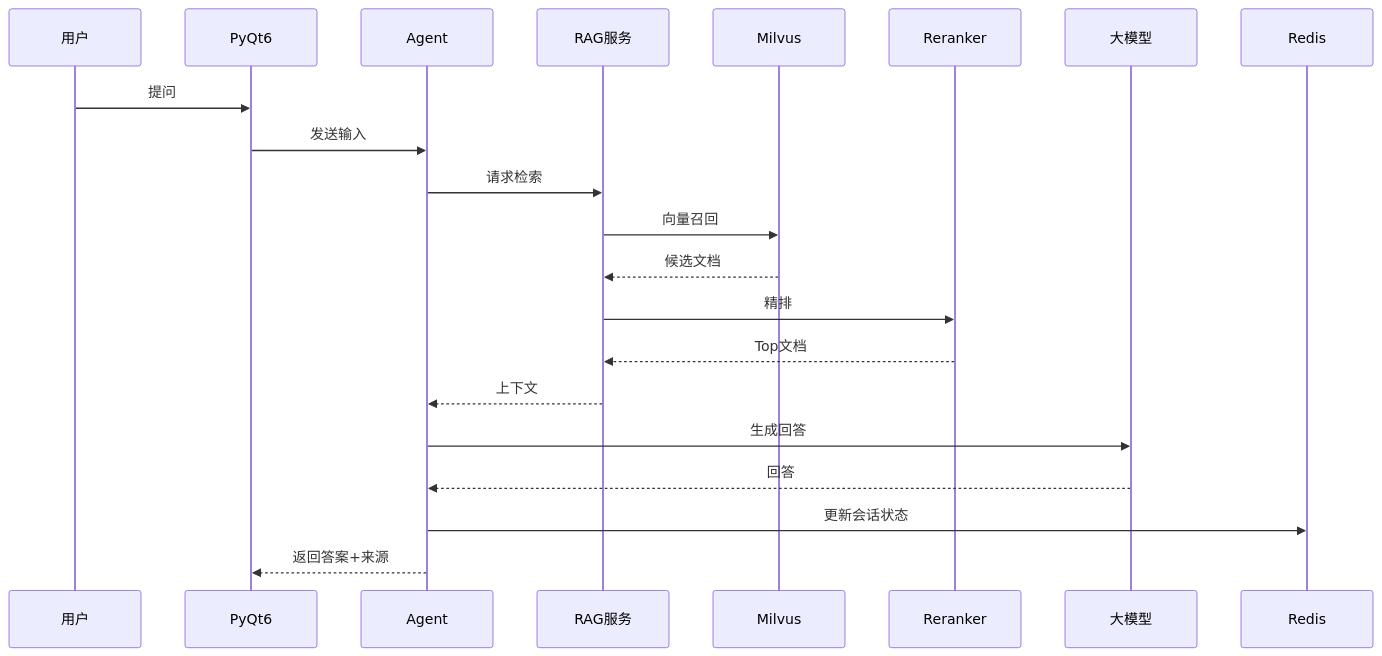
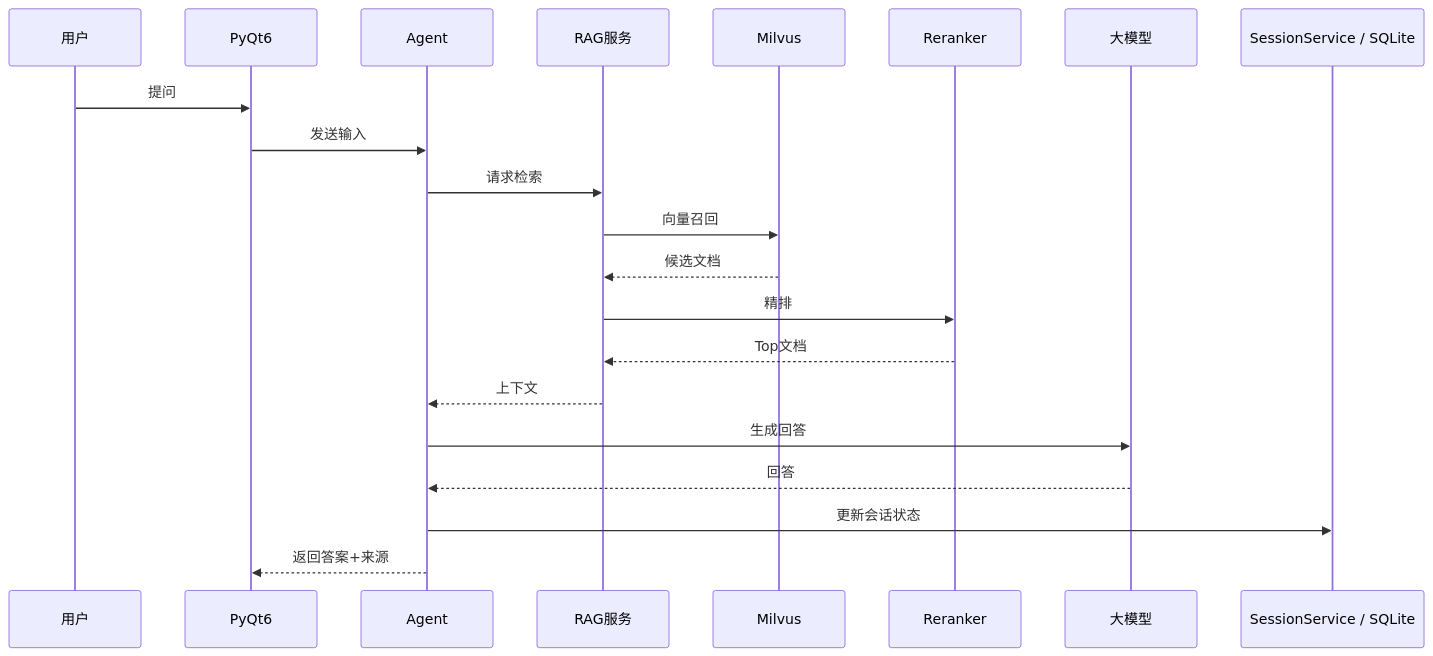
One commit to Akira-FD/AI_Agent_First changed the third of 7 diagrams in AI_Agent_First_MVP_Architecture.md. Above: the diagram before and after it, drawn with Mermaid. The commit also changed other lines of this file and 18 other files, not shown here.

````diff
--- a/AI_Agent_First_MVP_Architecture.md
+++ b/AI_Agent_First_MVP_Architecture.md
@@ -247,24 +274,24 @@
 ```mermaid
 sequenceDiagram
     participant U as 用户
     participant UI as PyQt6
     participant AG as Agent
     participant RAG as RAG服务
     participant VS as Milvus
     participant RR as Reranker
     participant LLM as 大模型
-    participant RE as Redis
+    participant RE as SessionService / SQLite
 
     U->>UI: 提问
     UI->>AG: 发送输入
     AG->>RAG: 请求检索
     RAG->>VS: 向量召回
     VS-->>RAG: 候选文档
     RAG->>RR: 精排
     RR-->>RAG: Top文档
     RAG-->>AG: 上下文
     AG->>LLM: 生成回答
     LLM-->>AG: 回答
     AG->>RE: 更新会话状态
     AG-->>UI: 返回答案+来源
 ```
````
